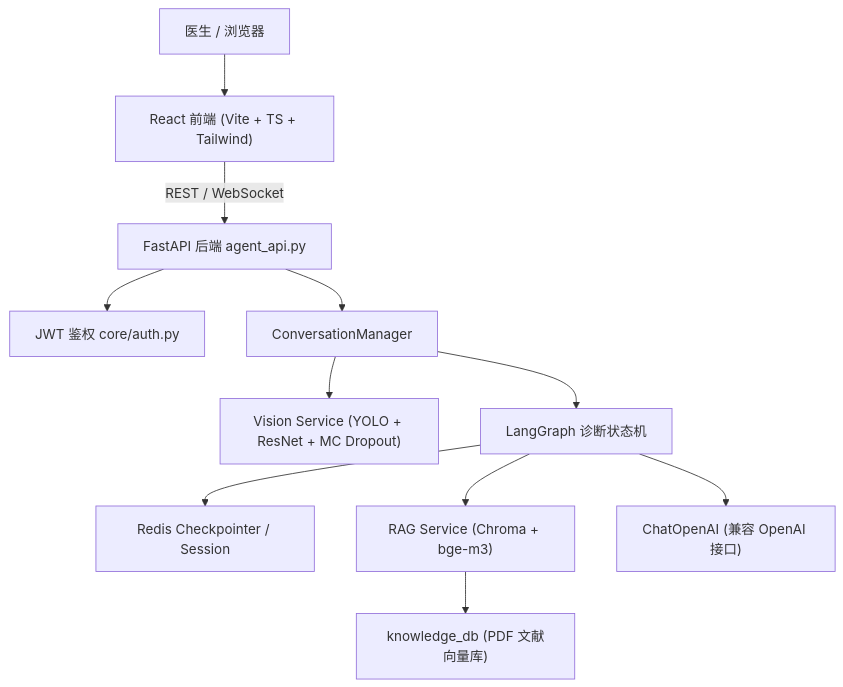
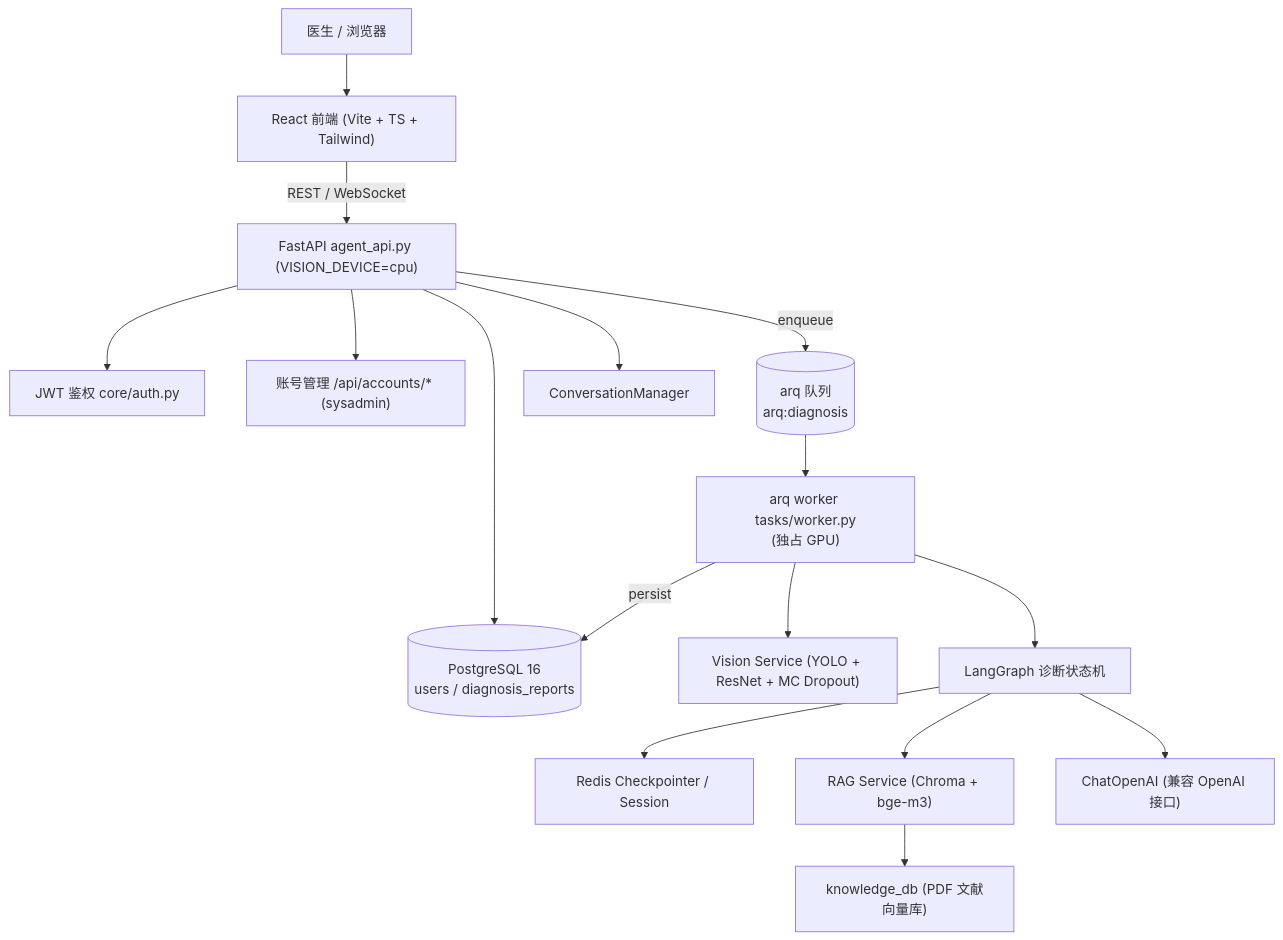
The first of 2 diagrams in README.md (Xsxweri/cervical-ai-diagnosis), drawn with Mermaid before and after one commit. The commit also changed other lines of this file and 13 other files, not shown here.

Commit message:
docs: README 对齐 PG/arq/sysadmin + 能力边界章节

````diff
--- a/README.md
+++ b/README.md
@@ -23,13 +27,18 @@
-```mermaid 
-graph TD 
-    U["医生 / 浏览器"] --> FE["React 前端 (Vite + TS + Tailwind)"] 
-    FE -->|REST / WebSocket| API["FastAPI 后端 agent_api.py"] 
-    API --> AUTH["JWT 鉴权 core/auth.py"] 
-    API --> CONV["ConversationManager"] 
-    CONV --> VISION["Vision Service (YOLO + ResNet + MC Dropout)"] 
-    CONV --> GRAPH["LangGraph 诊断状态机"] 
-    GRAPH --> REDIS["Redis Checkpointer / Session"] 
-    GRAPH --> RAG["RAG Service (Chroma + bge-m3)"] 
-    GRAPH --> LLM["ChatOpenAI (兼容 OpenAI 接口)"] 
+```mermaid
+graph TD
+    U["医生 / 浏览器"] --> FE["React 前端 (Vite + TS + Tailwind)"]
+    FE -->|REST / WebSocket| API["FastAPI agent_api.py (VISION_DEVICE=cpu)"]
+    API --> AUTH["JWT 鉴权 core/auth.py"]
+    API --> ACCT["账号管理 /api/accounts/* (sysadmin)"]
+    API --> PG[("PostgreSQL 16<br/>users / diagnosis_reports")]
+    API -->|enqueue| Q[("arq 队列<br/>arq:diagnosis")]
+    API --> CONV["ConversationManager"]
+    Q --> WK["arq worker tasks/worker.py<br/>(独占 GPU)"]
+    WK --> VISION["Vision Service (YOLO + ResNet + MC Dropout)"]
+    WK --> GRAPH["LangGraph 诊断状态机"]
+    GRAPH --> REDIS["Redis Checkpointer / Session"]
+    GRAPH --> RAG["RAG Service (Chroma + bge-m3)"]
+    GRAPH --> LLM["ChatOpenAI (兼容 OpenAI 接口)"]
     RAG --> KB["knowledge_db (PDF 文献向量库)"]
+    WK -->|persist| PG
 ```
````
